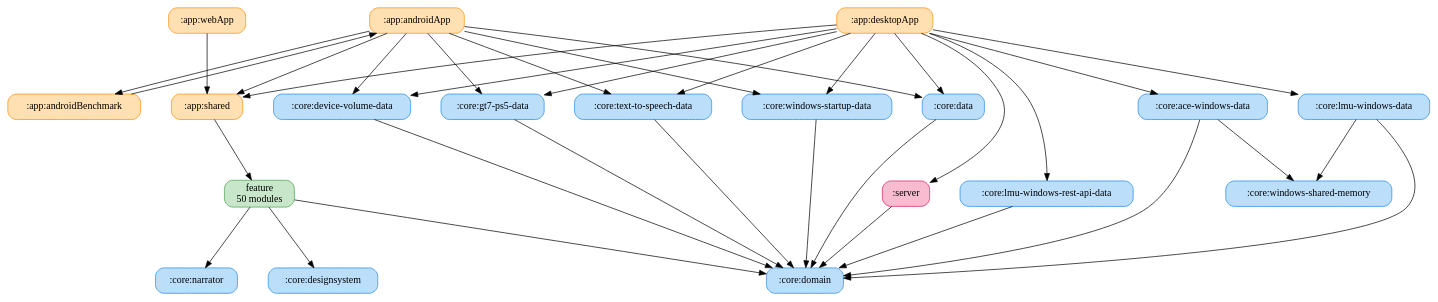
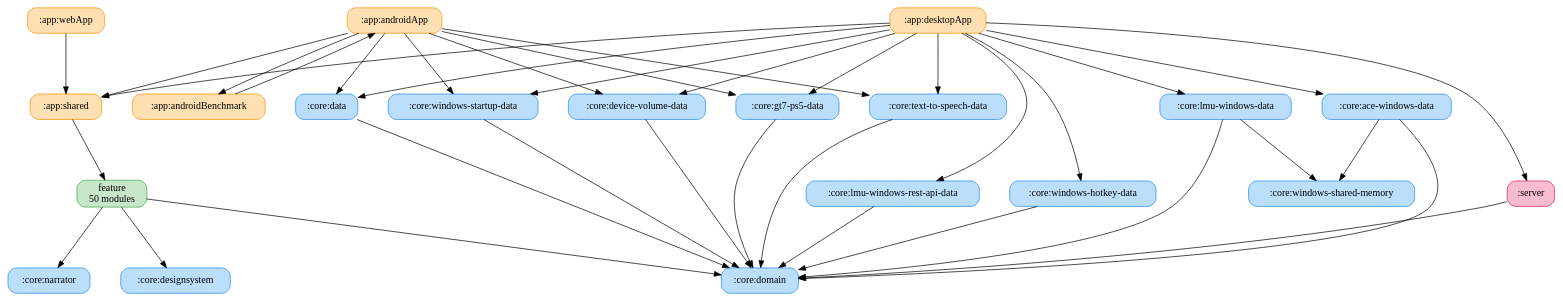
Before and after one commit to ai-kurou/KoDriver: the diagram in docs/graphs/full-graph.gv, drawn with Graphviz. The commit also changed 79 other files, not shown here.

```diff
--- a/docs/graphs/full-graph.gv
+++ b/docs/graphs/full-graph.gv
@@ -1,58 +1,61 @@
 digraph G {
   rankdir=TB
   graph [ranksep=1.2, nodesep=0.6]
   node [shape=box, style="rounded,filled"]
   ":app:androidApp" [label=":app:androidApp", fillcolor="#FFE0B2", color="#FB8C00"]
   ":app:androidBenchmark" [label=":app:androidBenchmark", fillcolor="#FFE0B2", color="#FB8C00"]
   ":app:desktopApp" [label=":app:desktopApp", fillcolor="#FFE0B2", color="#FB8C00"]
   ":app:shared" [label=":app:shared", fillcolor="#FFE0B2", color="#FB8C00"]
   ":app:webApp" [label=":app:webApp", fillcolor="#FFE0B2", color="#FB8C00"]
   ":core:ace-windows-data" [label=":core:ace-windows-data", fillcolor="#BBDEFB", color="#1E88E5"]
   ":core:data" [label=":core:data", fillcolor="#BBDEFB", color="#1E88E5"]
   ":core:designsystem" [label=":core:designsystem", fillcolor="#BBDEFB", color="#1E88E5"]
   ":core:device-volume-data" [label=":core:device-volume-data", fillcolor="#BBDEFB", color="#1E88E5"]
   ":core:domain" [label=":core:domain", fillcolor="#BBDEFB", color="#1E88E5"]
   ":core:gt7-ps5-data" [label=":core:gt7-ps5-data", fillcolor="#BBDEFB", color="#1E88E5"]
   ":core:lmu-windows-data" [label=":core:lmu-windows-data", fillcolor="#BBDEFB", color="#1E88E5"]
   ":core:lmu-windows-rest-api-data" [label=":core:lmu-windows-rest-api-data", fillcolor="#BBDEFB", color="#1E88E5"]
   ":core:narrator" [label=":core:narrator", fillcolor="#BBDEFB", color="#1E88E5"]
   ":core:text-to-speech-data" [label=":core:text-to-speech-data", fillcolor="#BBDEFB", color="#1E88E5"]
+  ":core:windows-hotkey-data" [label=":core:windows-hotkey-data", fillcolor="#BBDEFB", color="#1E88E5"]
   ":core:windows-shared-memory" [label=":core:windows-shared-memory", fillcolor="#BBDEFB", color="#1E88E5"]
   ":core:windows-startup-data" [label=":core:windows-startup-data", fillcolor="#BBDEFB", color="#1E88E5"]
   ":server" [label=":server", fillcolor="#F8BBD0", color="#D81B60"]
   "feature" [label="feature\n50 modules", fillcolor="#C8E6C9", color="#43A047"]
   ":app:androidApp" -> ":app:androidBenchmark"
   ":app:androidApp" -> ":app:shared"
   ":app:androidApp" -> ":core:data"
   ":app:androidApp" -> ":core:device-volume-data"
   ":app:androidApp" -> ":core:gt7-ps5-data"
   ":app:androidApp" -> ":core:text-to-speech-data"
   ":app:androidApp" -> ":core:windows-startup-data"
   ":app:androidBenchmark" -> ":app:androidApp"
   ":app:desktopApp" -> ":app:shared"
   ":app:desktopApp" -> ":core:ace-windows-data"
   ":app:desktopApp" -> ":core:data"
   ":app:desktopApp" -> ":core:device-volume-data"
   ":app:desktopApp" -> ":core:gt7-ps5-data"
   ":app:desktopApp" -> ":core:lmu-windows-data"
   ":app:desktopApp" -> ":core:lmu-windows-rest-api-data"
   ":app:desktopApp" -> ":core:text-to-speech-data"
+  ":app:desktopApp" -> ":core:windows-hotkey-data"
   ":app:desktopApp" -> ":core:windows-startup-data"
   ":app:desktopApp" -> ":server"
   ":app:shared" -> "feature"
   ":app:webApp" -> ":app:shared"
   ":core:ace-windows-data" -> ":core:domain"
   ":core:ace-windows-data" -> ":core:windows-shared-memory"
   ":core:data" -> ":core:domain"
   ":core:device-volume-data" -> ":core:domain"
   ":core:gt7-ps5-data" -> ":core:domain"
   ":core:lmu-windows-data" -> ":core:domain"
   ":core:lmu-windows-data" -> ":core:windows-shared-memory"
   ":core:lmu-windows-rest-api-data" -> ":core:domain"
   ":core:text-to-speech-data" -> ":core:domain"
+  ":core:windows-hotkey-data" -> ":core:domain"
   ":core:windows-startup-data" -> ":core:domain"
   ":server" -> ":core:domain"
   "feature" -> ":core:designsystem"
   "feature" -> ":core:domain"
   "feature" -> ":core:narrator"
 }
```
